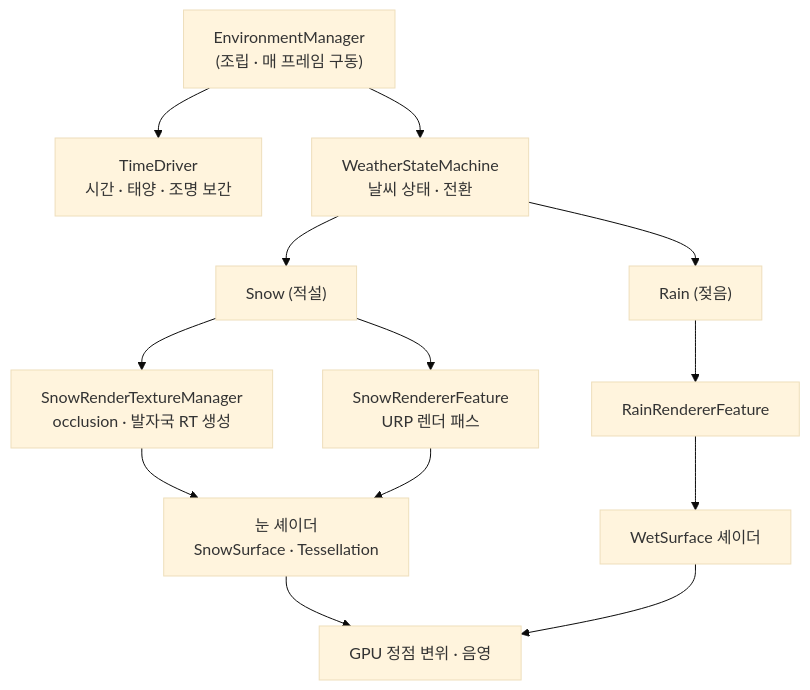
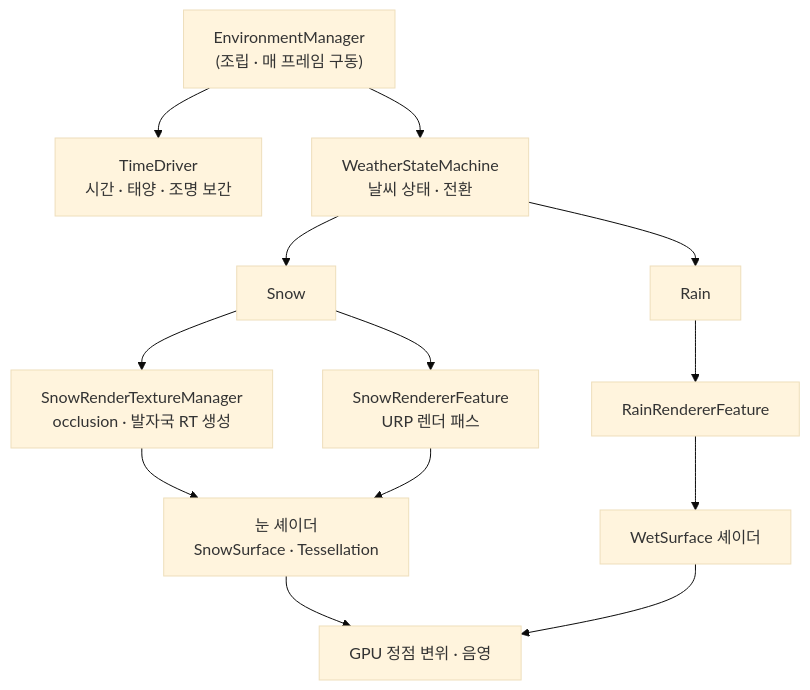
One commit to Jealousing/PublicStudyRecordRepository changed the first of 2 diagrams in GameSystems/Environment/README.md. Above: the diagram before and after it, drawn with Mermaid (base theme). The commit also changed other lines of this file and 6 other files, not shown here.

````diff
--- a/GameSystems/Environment/README.md
+++ b/GameSystems/Environment/README.md
@@ -38,21 +43,21 @@
 ```mermaid
 flowchart TD
     EM["EnvironmentManager<br/>(조립 · 매 프레임 구동)"]
 
     EM --> TD["TimeDriver<br/>시간 · 태양 · 조명 보간"]
     EM --> WSM["WeatherStateMachine<br/>날씨 상태 · 전환"]
 
-    WSM --> SNOW["Snow (적설)"]
-    WSM --> RAIN["Rain (젖음)"]
+    WSM --> SNOW["Snow"]
+    WSM --> RAIN["Rain"]
 
     SNOW --> SRTM["SnowRenderTextureManager<br/>occlusion · 발자국 RT 생성"]
     SNOW --> SRF["SnowRendererFeature<br/>URP 렌더 패스"]
     RAIN --> RRF["RainRendererFeature"]
 
     SRTM --> SH["눈 셰이더<br/>SnowSurface · Tessellation"]
     SRF --> SH
     RRF --> WSH["WetSurface 셰이더"]
 
     SH --> GPU["GPU 정점 변위 · 음영"]
     WSH --> GPU
 ```
````
